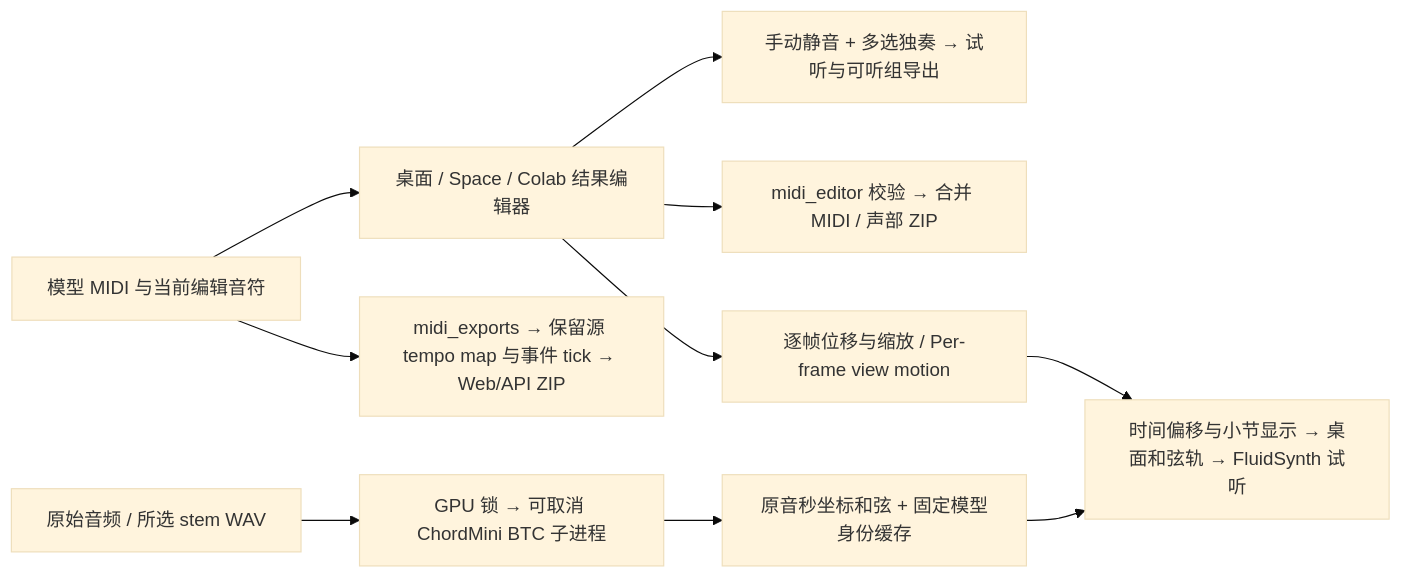
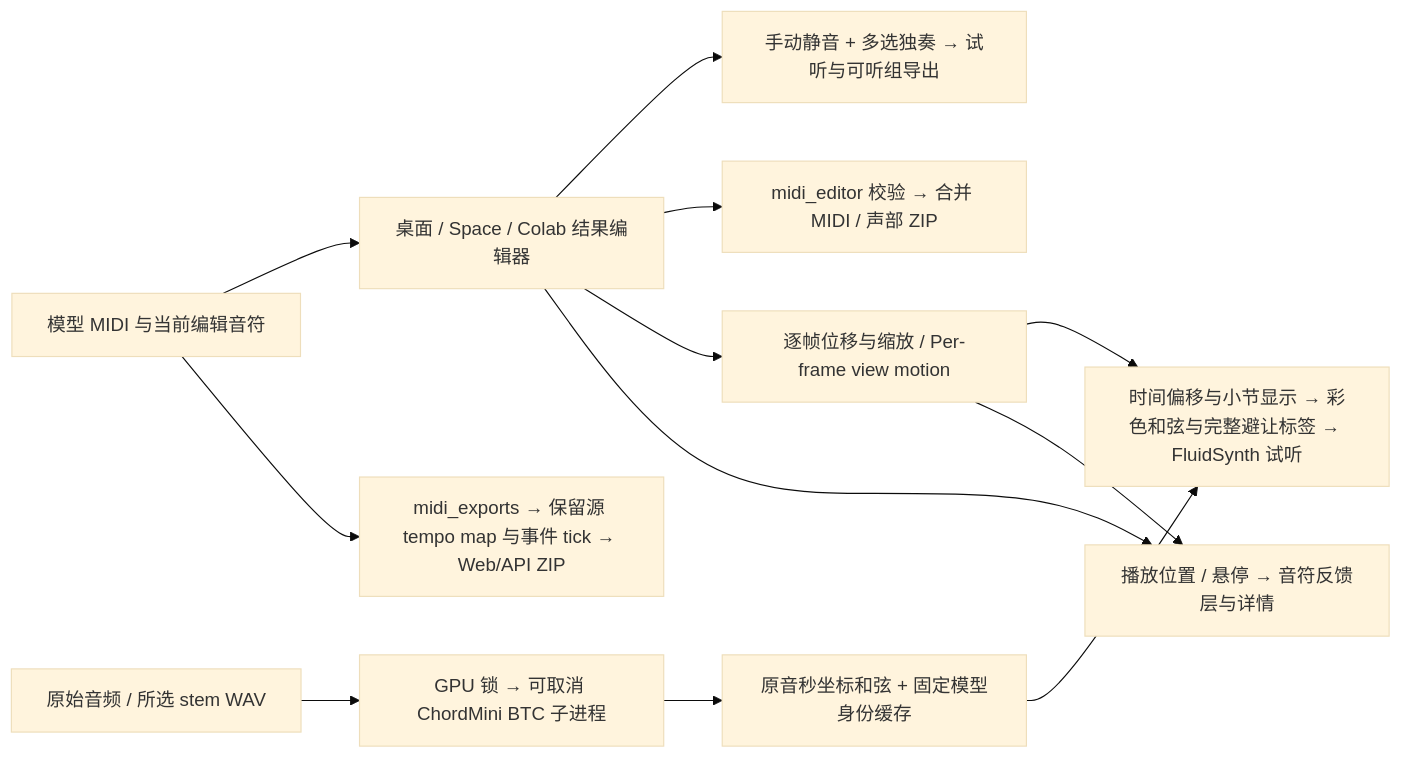
Before and after one commit to mason369/music-to-midi: the diagram in docs/soundfont-and-sheet-music.md, drawn with Mermaid (base theme). The commit also changed other lines of this file and 11 other files, not shown here.

````diff
--- a/docs/soundfont-and-sheet-music.md
+++ b/docs/soundfont-and-sheet-music.md
@@ -19,12 +21,14 @@
 ```mermaid
 flowchart LR
     MIDI[模型 MIDI 与当前编辑音符] --> Editor[桌面 / Space / Colab 结果编辑器]
     Editor --> Mix[手动静音 + 多选独奏 → 试听与可听组导出]
     Editor --> Export[midi_editor 校验 → 合并 MIDI / 声部 ZIP]
     Audio[原始音频 / 所选 stem WAV] --> Worker[GPU 锁 → 可取消 ChordMini BTC 子进程]
     Worker --> Native[原音秒坐标和弦 + 固定模型身份缓存]
-    Native --> Chords[时间偏移与小节显示 → 桌面和弦轨 → FluidSynth 试听]
+    Native --> Chords[时间偏移与小节显示 → 彩色和弦与完整避让标签 → FluidSynth 试听]
     Editor --> View[逐帧位移与缩放 / Per-frame view motion]
     View --> Chords
+    View --> Feedback[播放位置 / 悬停 → 音符反馈层与详情]
+    Editor --> Feedback
     MIDI --> API[midi_exports → 保留源 tempo map 与事件 tick → Web/API ZIP]
 ```
````
